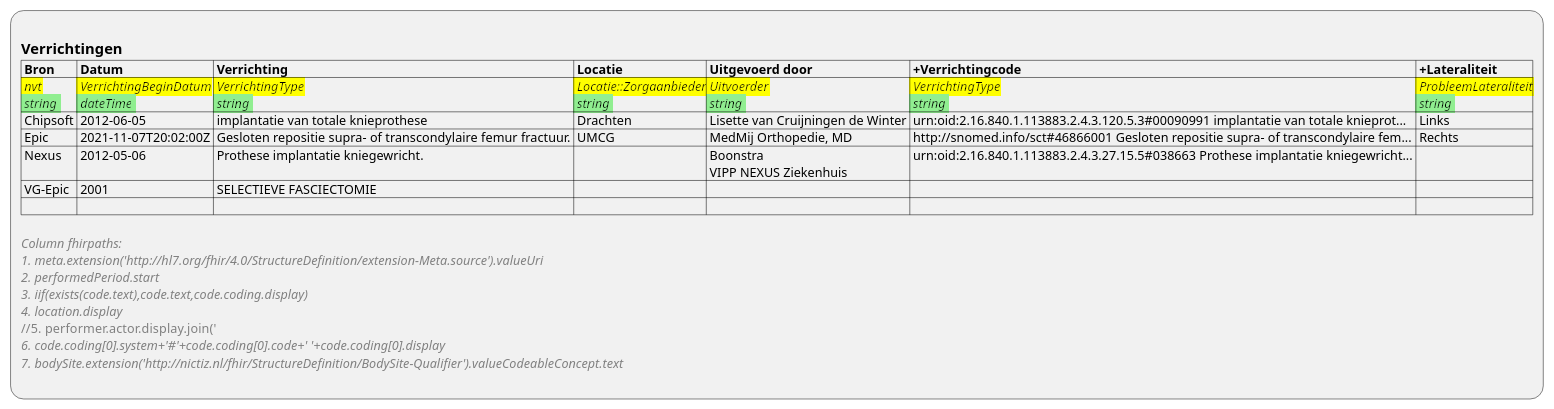
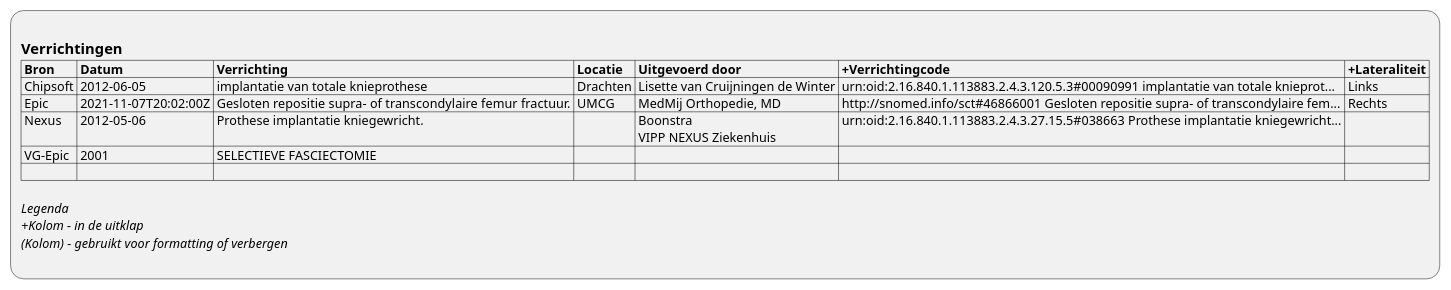
The diagram in input/images-source/ViewDefinition-Procedure.plantuml (RIVO-Noord/zorgviewer-ig), drawn with PlantUML before and after one commit. The commit also changed 35 other files, not shown here.

```diff
--- a/input/images-source/ViewDefinition-Procedure.plantuml
+++ b/input/images-source/ViewDefinition-Procedure.plantuml
@@ -1,22 +1,15 @@
 @startuml ViewDefinition-Procedure
 :
 == Verrichtingen
 |= Bron |= Datum |= Verrichting |= Locatie |= Uitgevoerd door |= +Verrichtingcode |= +Lateraliteit |
-|<back:yellow> //nvt//\n<back:lightgreen> //string// |<back:yellow> //VerrichtingBeginDatum//\n<back:lightgreen> //dateTime// |<back:yellow> //VerrichtingType//\n<back:lightgreen> //string// |<back:yellow> //Locatie::Zorgaanbieder//\n<back:lightgreen> //string// |<back:yellow> //Uitvoerder//\n<back:lightgreen> //string// |<back:yellow> //VerrichtingType//\n<back:lightgreen> //string// |<back:yellow> //ProbleemLateraliteit//\n<back:lightgreen> //string// |
 | Chipsoft | 2012-06-05 | implantatie van totale knieprothese | Drachten | Lisette van Cruijningen de Winter | urn:oid:2.16.840.1.113883.2.4.3.120.5.3#00090991 implantatie van totale knieprot... | Links |
 | Epic | 2021-11-07T20:02:00Z | Gesloten repositie supra- of transcondylaire femur fractuur. | UMCG | MedMij Orthopedie, MD | http://snomed.info/sct#46866001 Gesloten repositie supra- of transcondylaire fem... | Rechts |
 | Nexus | 2012-05-06 | Prothese implantatie kniegewricht. |  | Boonstra\n VIPP NEXUS Ziekenhuis | urn:oid:2.16.840.1.113883.2.4.3.27.15.5#038663 Prothese implantatie kniegewricht... |  |
 | VG-Epic | 2001 | SELECTIEVE FASCIECTOMIE |  |  |  |  |
 | |
 
-<color:gray>//Column fhirpaths://
-<color:gray>//1. meta.extension('http:~//hl7.org/fhir/4.0/StructureDefinition/extension-Meta.source').valueUri//
-<color:gray>//2. performedPeriod.start//
-<color:gray>//3. iif(exists(code.text),code.text,code.coding.display)//
-<color:gray>//4. location.display//
-<color:gray>//5. performer.actor.display.join('
-')//
-<color:gray>//6. code.coding[0].system+'#'+code.coding[0].code+' '+code.coding[0].display//
-<color:gray>//7. bodySite.extension('http:~//nictiz.nl/fhir/StructureDefinition/BodySite-Qualifier').valueCodeableConcept.text//
+//Legenda//
+//+Kolom - in de uitklap//
+//(Kolom) - gebruikt voor formatting of verbergen//
 ;
 @enduml
```
